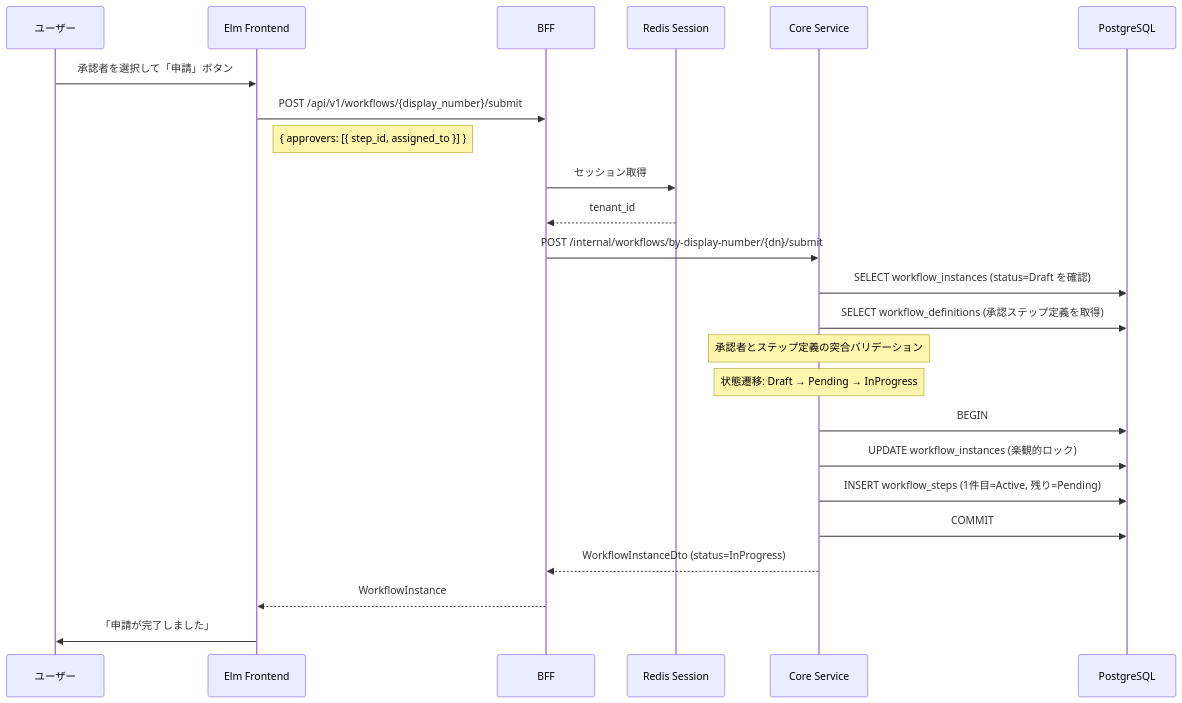
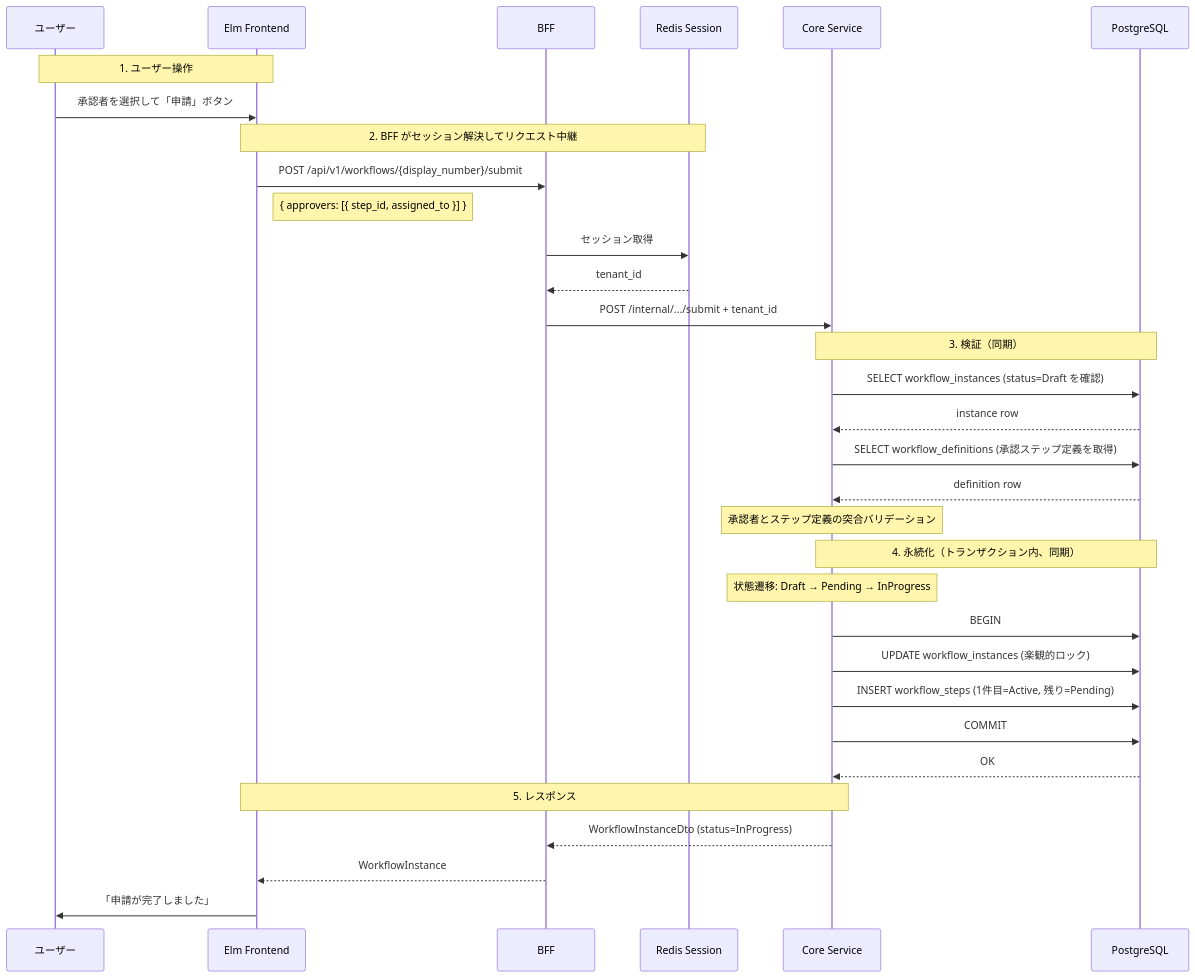
The second of 3 diagrams in docs/90_実装解説/ワークフロー/01_申請フロー.md (ka2kama/ringiflow), drawn with Mermaid before and after one commit. The commit also changed other lines of this file and 2 other files, not shown here.

Commit message:
#1128 Add numbered blocks and sync/async distinction to diagrams
- Number each processing phase with Note over blocks
- Add return arrows (DB-->>Core) for synchronous DB operations
- Use -) arrow for fire-and-forget notifications
- Add notation rules for block numbering and sync/async to README
- Apply consistently across both 01_申請フロー and 02_承認・却下フロー

````diff
--- a/docs/90_実装解説/ワークフロー/01_申請フロー.md
+++ b/docs/90_実装解説/ワークフロー/01_申請フロー.md
@@ -41,27 +47,39 @@
 ```mermaid
 sequenceDiagram
     participant U as ユーザー
     participant Elm as Elm Frontend
     participant BFF as BFF
     participant Redis as Redis Session
     participant Core as Core Service
     participant DB as PostgreSQL
 
+    Note over U, Elm: 1. ユーザー操作
     U->>Elm: 承認者を選択して「申請」ボタン
+
+    Note over Elm, Redis: 2. BFF がセッション解決してリクエスト中継
     Elm->>BFF: POST /api/v1/workflows/{display_number}/submit
     Note right of Elm: { approvers: [{ step_id, assigned_to }] }
     BFF->>Redis: セッション取得
     Redis-->>BFF: tenant_id
-    BFF->>Core: POST /internal/workflows/by-display-number/{dn}/submit
+    BFF->>Core: POST /internal/.../submit + tenant_id
+
+    Note over Core, DB: 3. 検証（同期）
     Core->>DB: SELECT workflow_instances (status=Draft を確認)
+    DB-->>Core: instance row
     Core->>DB: SELECT workflow_definitions (承認ステップ定義を取得)
+    DB-->>Core: definition row
     Note over Core: 承認者とステップ定義の突合バリデーション
+
+    Note over Core, DB: 4. 永続化（トランザクション内、同期）
     Note over Core: 状態遷移: Draft → Pending → InProgress
     Core->>DB: BEGIN
     Core->>DB: UPDATE workflow_instances (楽観的ロック)
     Core->>DB: INSERT workflow_steps (1件目=Active, 残り=Pending)
     Core->>DB: COMMIT
+    DB-->>Core: OK
+
+    Note over Core, Elm: 5. レスポンス
     Core-->>BFF: WorkflowInstanceDto (status=InProgress)
     BFF-->>Elm: WorkflowInstance
     Elm->>U: 「申請が完了しました」
 ```
````
